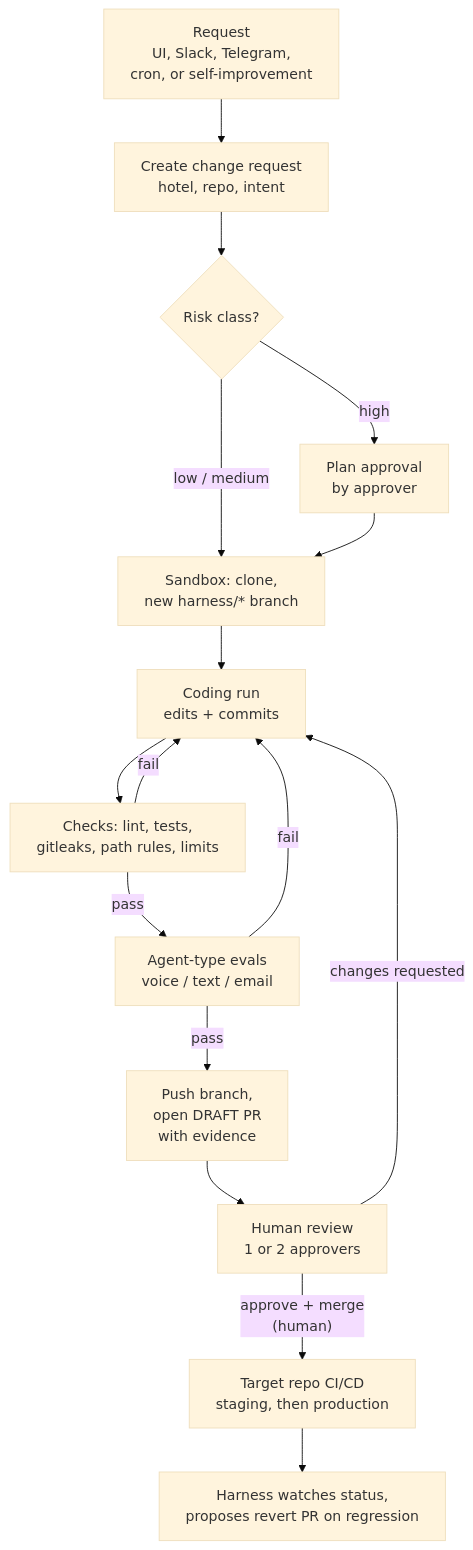
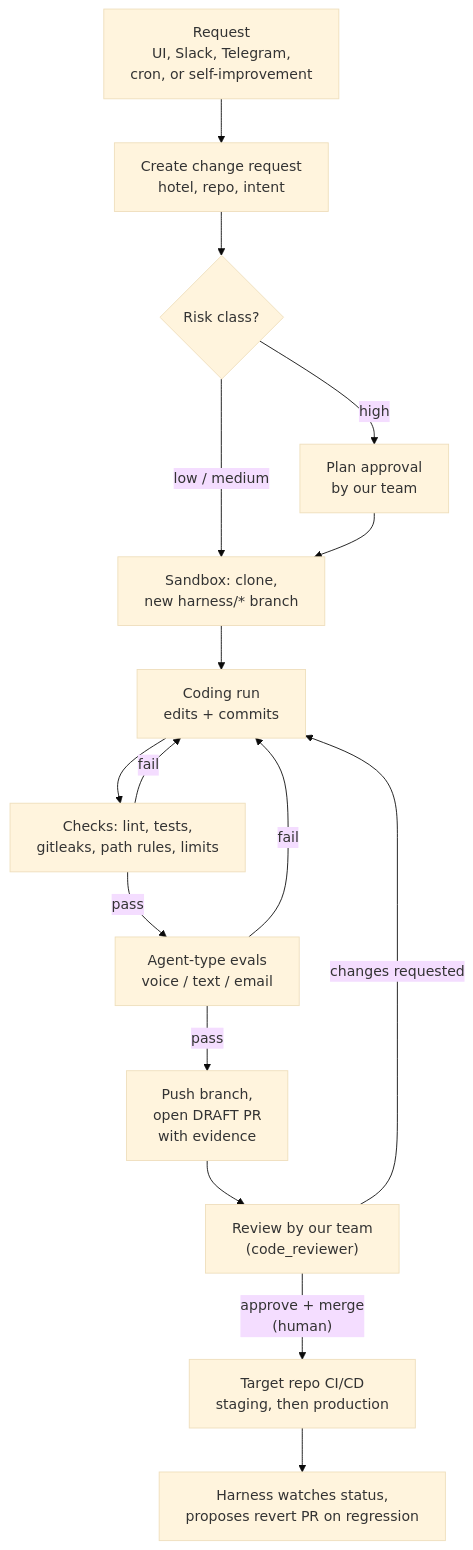
One commit to nikhilllmno/vorflux changed the third of 4 diagrams in docs/architecture.md. Above: the diagram before and after it, drawn with Mermaid (base theme). The commit also changed other lines of this file and 3 other files, not shown here.

````diff
--- a/docs/architecture.md
+++ b/docs/architecture.md
@@ -574,23 +596,23 @@
 ```mermaid
 ---
 config:
   flowchart:
     wrappingWidth: 1000
 ---
 flowchart TD
   A["Request<br/>UI, Slack, Telegram,<br/>cron, or self-improvement"] --> B["Create change request<br/>hotel, repo, intent"]
   B --> C{"Risk class?"}
-  C -->|"high"| D["Plan approval<br/>by approver"]
+  C -->|"high"| D["Plan approval<br/>by our team"]
   C -->|"low / medium"| E["Sandbox: clone,<br/>new harness/* branch"]
   D --> E
   E --> F["Coding run<br/>edits + commits"]
   F --> G["Checks: lint, tests,<br/>gitleaks, path rules, limits"]
   G -->|"fail"| F
   G -->|"pass"| H["Agent-type evals<br/>voice / text / email"]
   H -->|"fail"| F
   H -->|"pass"| I["Push branch,<br/>open DRAFT PR<br/>with evidence"]
-  I --> J["Human review<br/>1 or 2 approvers"]
+  I --> J["Review by our team<br/>(code_reviewer)"]
   J -->|"changes requested"| F
   J -->|"approve + merge<br/>(human)"| K["Target repo CI/CD<br/>staging, then production"]
   K --> L["Harness watches status,<br/>proposes revert PR on regression"]
 ```
````
